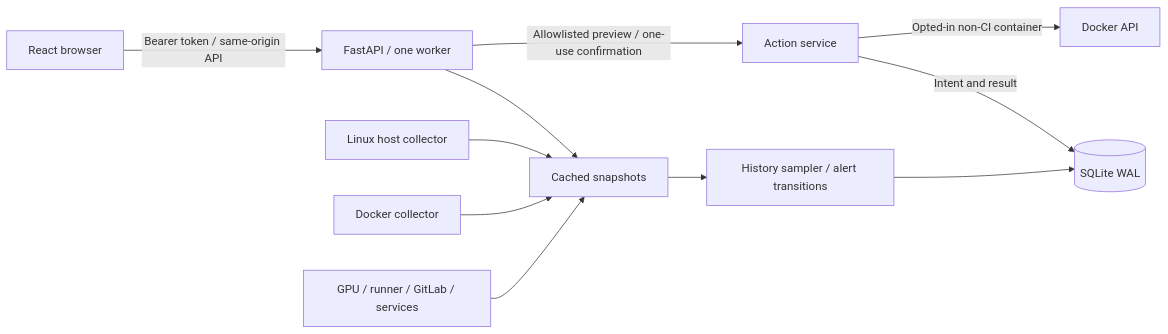
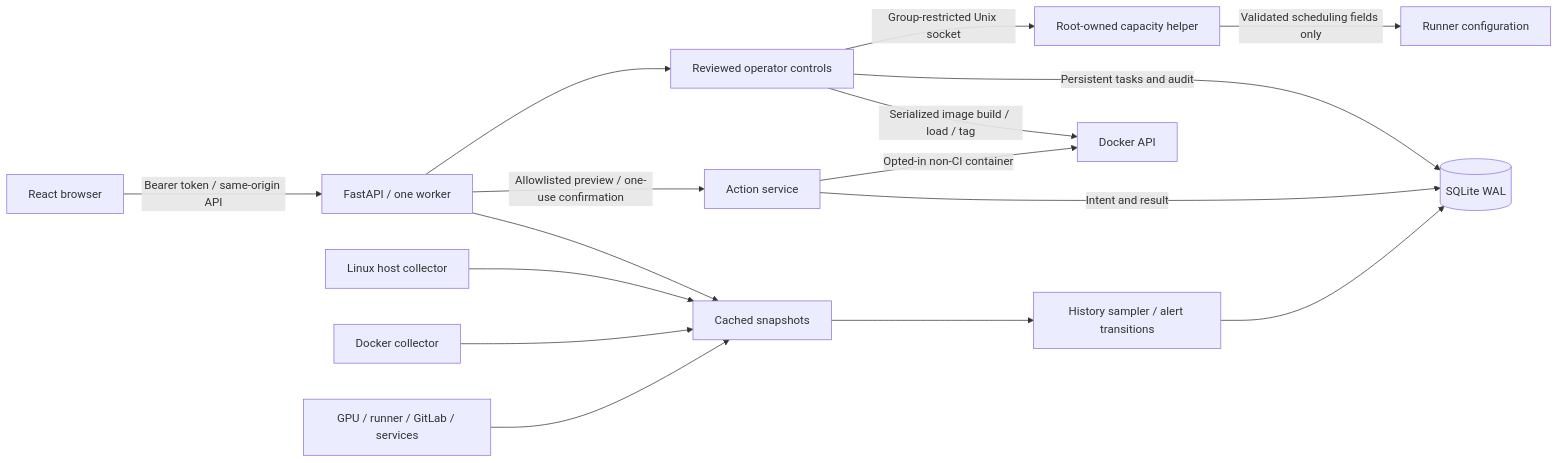
One commit to MostafaHakam98/opsdeck changed the diagram in docs/architecture/overview.md. Above: the diagram before and after it, drawn with Mermaid. The commit also changed other lines of this file and 28 other files, not shown here.

Commit message:
feat: add local image operations, worker controls, and inventory filters

````diff
--- a/docs/architecture/overview.md
+++ b/docs/architecture/overview.md
@@ -3,13 +3,18 @@
 ```mermaid
 flowchart LR
   B[React browser] -->|Bearer token / same-origin API| API[FastAPI / one worker]
   API --> S[Cached snapshots]
   H[Linux host collector] --> S
   D[Docker collector] --> S
   G[GPU / runner / GitLab / services] --> S
   S --> R[History sampler / alert transitions]
   R --> DB[(SQLite WAL)]
   API -->|Allowlisted preview / one-use confirmation| A[Action service]
   A -->|Intent and result| DB
   A -->|Opted-in non-CI container| DE[Docker API]
+  API --> O[Reviewed operator controls]
+  O -->|Serialized image build / load / tag| DE
+  O -->|Persistent tasks and audit| DB
+  O -->|Group-restricted Unix socket| RC[Root-owned capacity helper]
+  RC -->|Validated scheduling fields only| TOML[Runner configuration]
 ```
````
